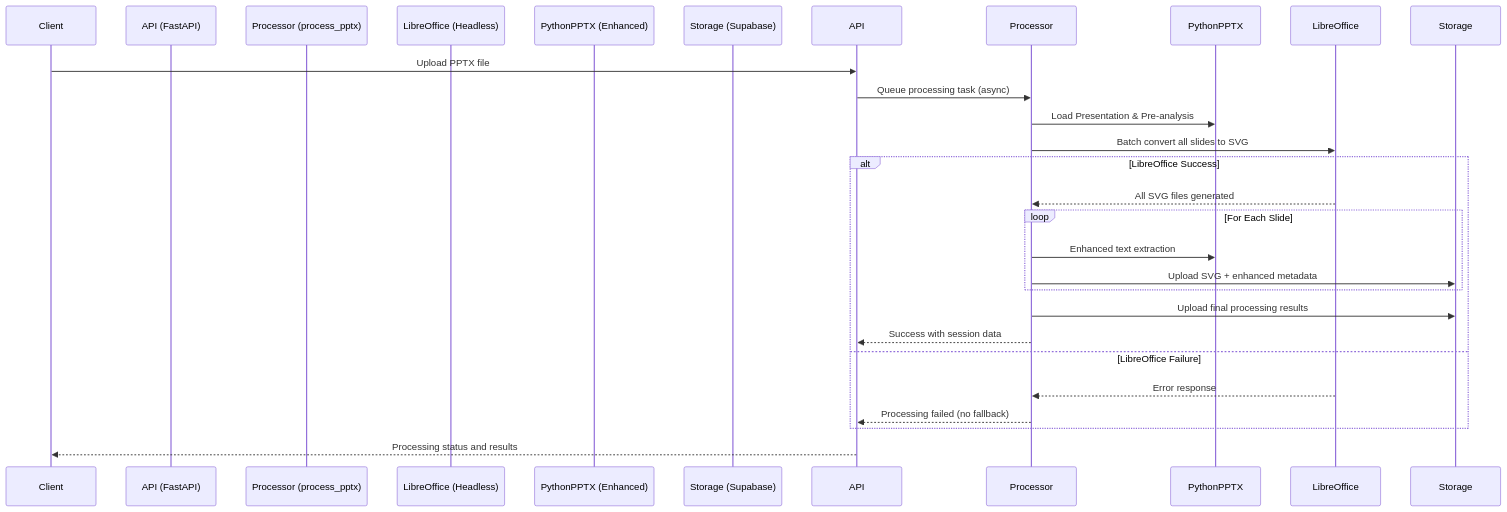
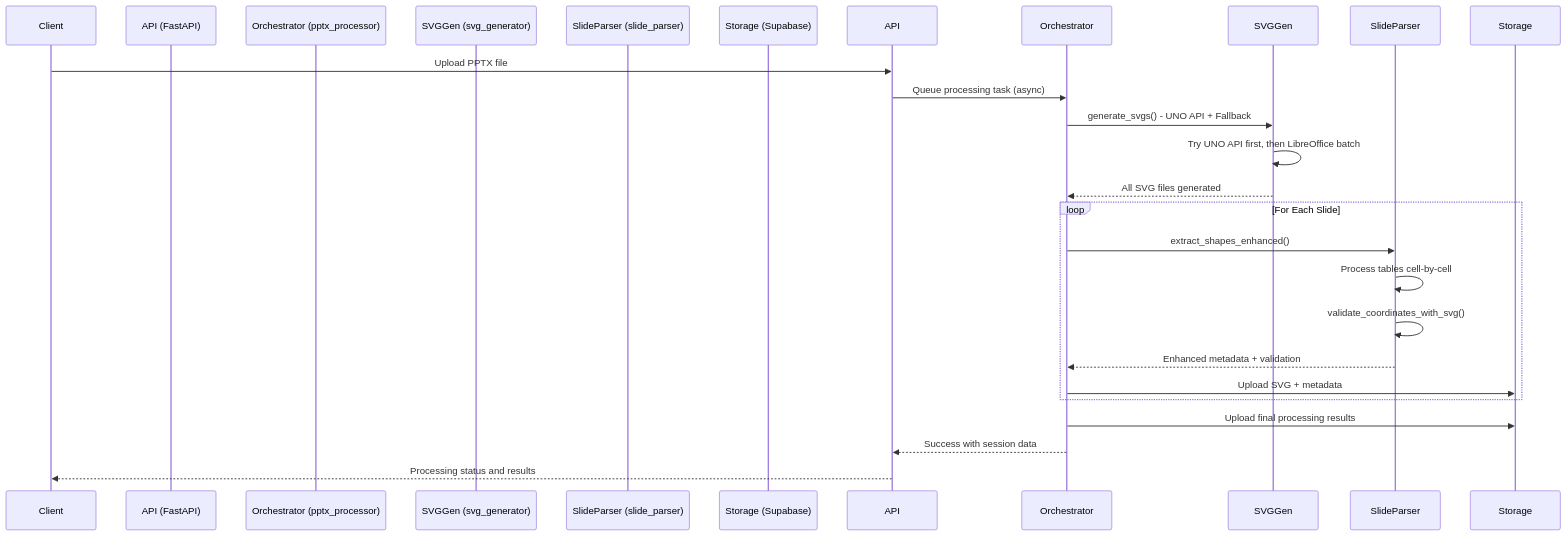
The second of 2 diagrams in services/pptx-processor/memory-bank/systemPatterns.md (OmkarKirpan/pptxTrans), drawn with Mermaid before and after one commit. The commit also changed other lines of this file and 11 other files, not shown here.

First line of the commit message:
Enhance PPTX Processor Service with modular architecture and improved SVG generation

````diff
--- a/services/pptx-processor/memory-bank/systemPatterns.md
+++ b/services/pptx-processor/memory-bank/systemPatterns.md
@@ -39,27 +70,25 @@
 ```mermaid
 sequenceDiagram
     participant Client
     participant API (FastAPI)
-    participant Processor (process_pptx)
-    participant LibreOffice (Headless)
-    participant PythonPPTX (Enhanced)
+    participant Orchestrator (pptx_processor)
+    participant SVGGen (svg_generator)
+    participant SlideParser (slide_parser)
     participant Storage (Supabase)
 
     Client->>API: Upload PPTX file
-    API->>Processor: Queue processing task (async)
-    Processor->>PythonPPTX: Load Presentation & Pre-analysis
-    Processor->>LibreOffice: Batch convert all slides to SVG
-    alt LibreOffice Success
-        LibreOffice-->>Processor: All SVG files generated
-        loop For Each Slide
-            Processor->>PythonPPTX: Enhanced text extraction
-            Processor->>Storage: Upload SVG + enhanced metadata
-        end
-        Processor->>Storage: Upload final processing results
-        Processor-->>API: Success with session data
-    else LibreOffice Failure
-        LibreOffice-->>Processor: Error response
-        Processor-->>API: Processing failed (no fallback)
+    API->>Orchestrator: Queue processing task (async)
+    Orchestrator->>SVGGen: generate_svgs() - UNO API + Fallback
+    SVGGen->>SVGGen: Try UNO API first, then LibreOffice batch
+    SVGGen-->>Orchestrator: All SVG files generated
+    loop For Each Slide
+        Orchestrator->>SlideParser: extract_shapes_enhanced()
+        SlideParser->>SlideParser: Process tables cell-by-cell
+        SlideParser->>SlideParser: validate_coordinates_with_svg()
+        SlideParser-->>Orchestrator: Enhanced metadata + validation
+        Orchestrator->>Storage: Upload SVG + metadata
     end
+    Orchestrator->>Storage: Upload final processing results
+    Orchestrator-->>API: Success with session data
     API-->>Client: Processing status and results
 ```
````
